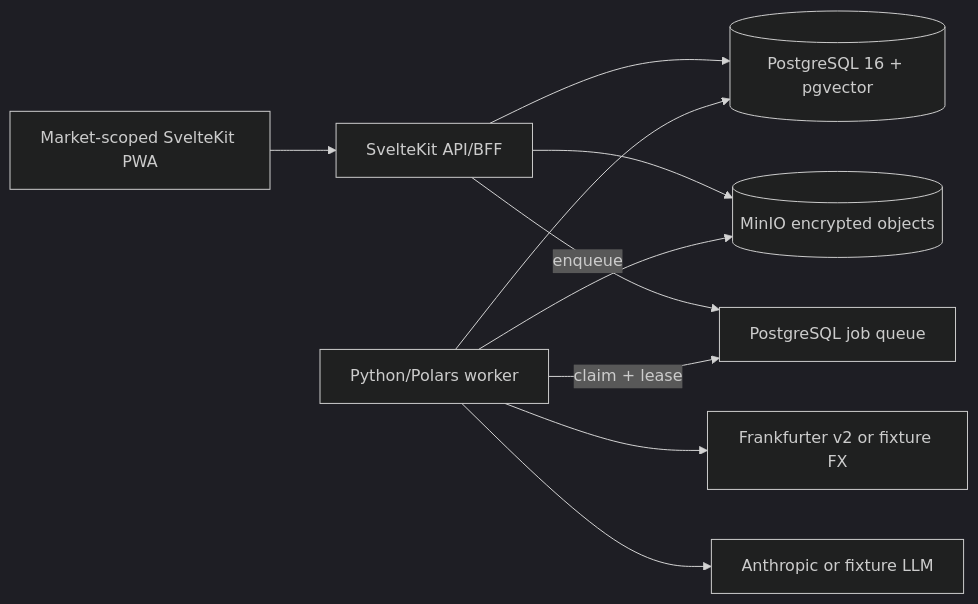
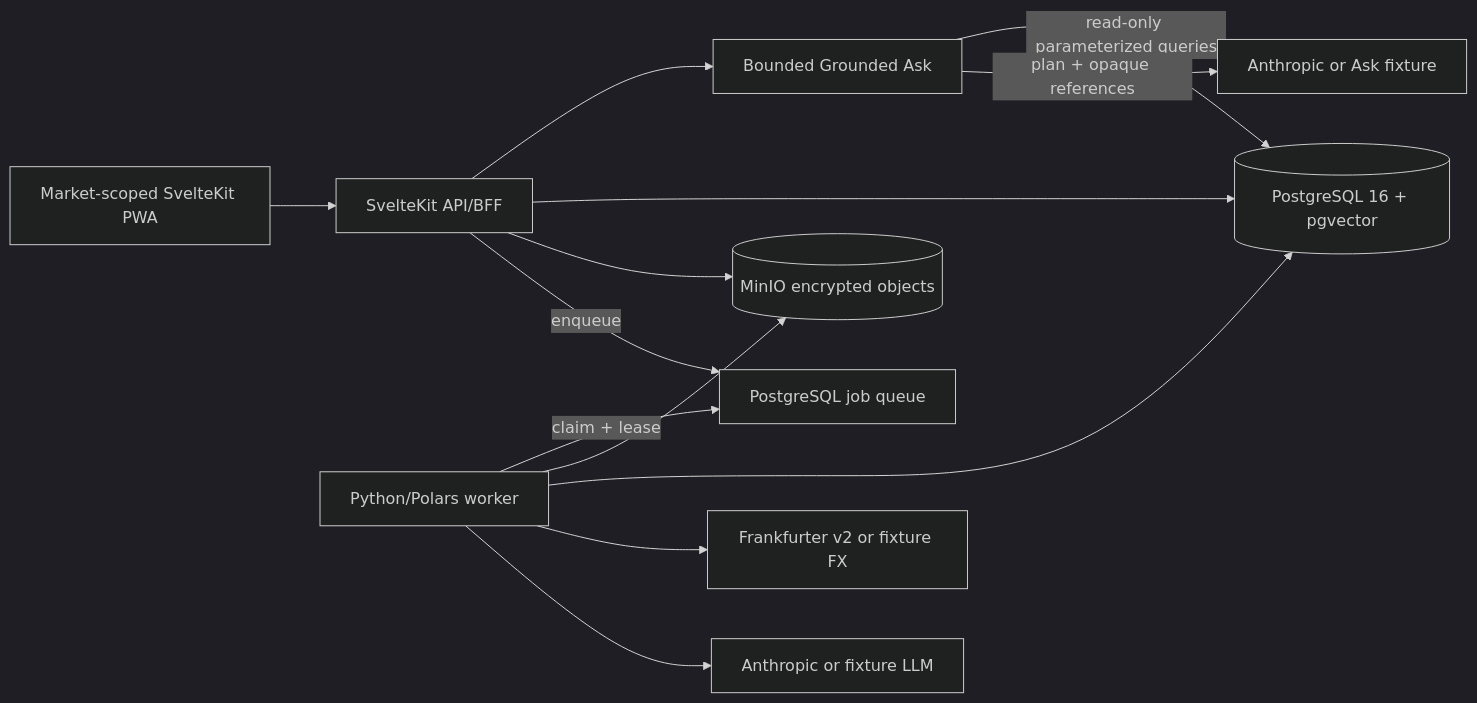
Before and after one commit to Shady-C/ledger: the diagram in docs/CODEBASE_HANDOFF.md, drawn with Mermaid (dark theme). The commit also changed other lines of this file and 10 other files, not shown here.

First line of the commit message:
docs(phase3): define bounded Ask architecture [N/A]

````diff
--- a/docs/CODEBASE_HANDOFF.md
+++ b/docs/CODEBASE_HANDOFF.md
@@ -41,12 +46,15 @@
 ```mermaid
 flowchart LR
     Browser["Market-scoped SvelteKit PWA"] --> Web["SvelteKit API/BFF"]
+    Web --> Ask["Bounded Grounded Ask"]
+    Ask -->|"read-only parameterized queries"| PG
+    Ask -->|"plan + opaque references"| AskAI["Anthropic or Ask fixture"]
     Web --> PG[("PostgreSQL 16 + pgvector")]
     Web --> MinIO[("MinIO encrypted objects")]
     Web -->|"enqueue"| Jobs["PostgreSQL job queue"]
     Worker["Python/Polars worker"] -->|"claim + lease"| Jobs
     Worker --> MinIO
     Worker --> PG
     Worker --> FX["Frankfurter v2 or fixture FX"]
     Worker --> AI["Anthropic or fixture LLM"]
 ```
````
